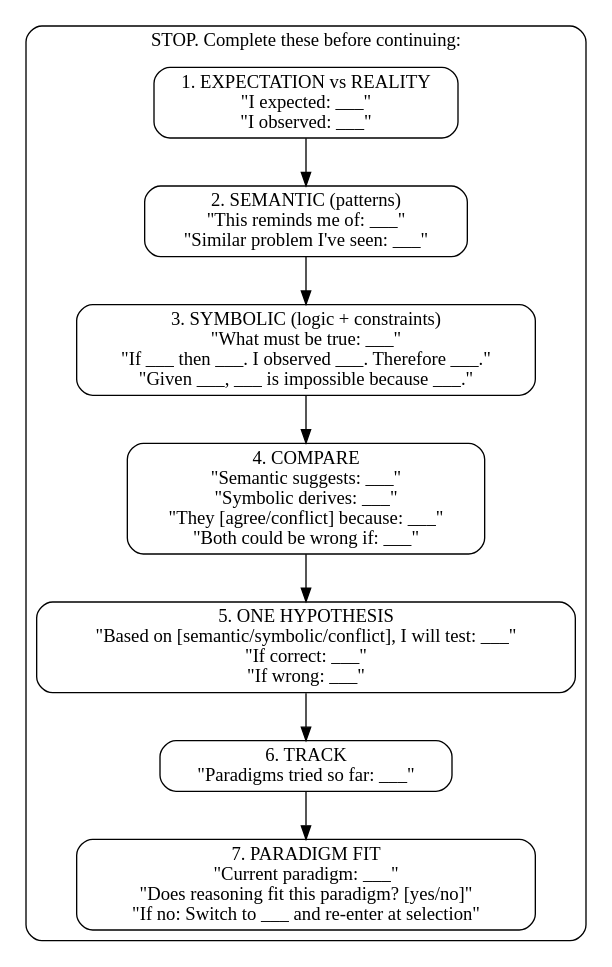
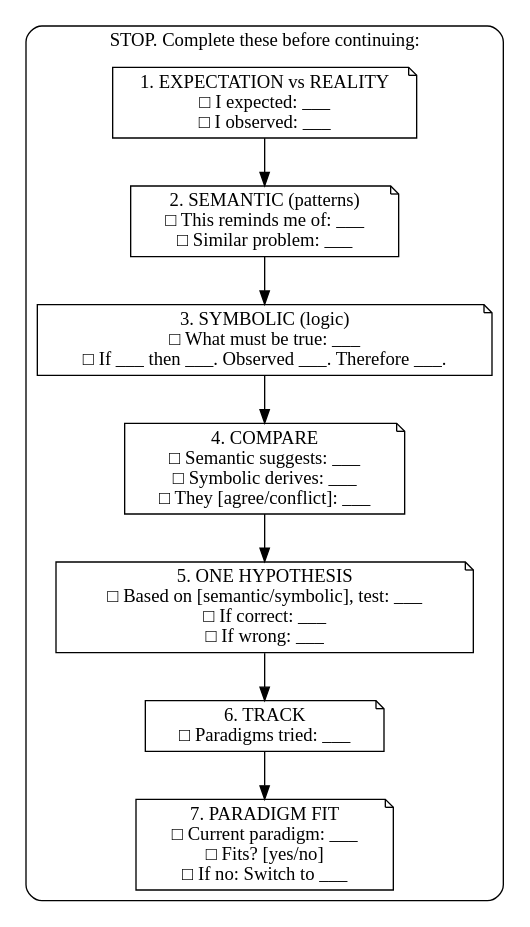
The first of 2 diagrams in skills/janus-reasoning/SKILL.md (Punkwe1ght/superpowers), drawn with Graphviz before and after one commit. The commit also changed other lines of this file and 5 other files, not shown here.

````diff
--- a/skills/janus-reasoning/SKILL.md
+++ b/skills/janus-reasoning/SKILL.md
@@ -32,22 +32,22 @@
 ```dot
 digraph janus_protocol {
     rankdir=TB;
-    node [shape=box, style=rounded];
+    node [shape=note];
 
     subgraph cluster_protocol {
         label="STOP. Complete these before continuing:";
         style=rounded;
         color=black;
 
-        p1 [label="1. EXPECTATION vs REALITY\n\"I expected: ___\"\n\"I observed: ___\""];
-        p2 [label="2. SEMANTIC (patterns)\n\"This reminds me of: ___\"\n\"Similar problem I've seen: ___\""];
-        p3 [label="3. SYMBOLIC (logic + constraints)\n\"What must be true: ___\"\n\"If ___ then ___. I observed ___. Therefore ___.\"\n\"Given ___, ___ is impossible because ___.\""];
-        p4 [label="4. COMPARE\n\"Semantic suggests: ___\"\n\"Symbolic derives: ___\"\n\"They [agree/conflict] because: ___\"\n\"Both could be wrong if: ___\""];
-        p5 [label="5. ONE HYPOTHESIS\n\"Based on [semantic/symbolic/conflict], I will test: ___\"\n\"If correct: ___\"\n\"If wrong: ___\""];
-        p6 [label="6. TRACK\n\"Paradigms tried so far: ___\""];
-        p7 [label="7. PARADIGM FIT\n\"Current paradigm: ___\"\n\"Does reasoning fit this paradigm? [yes/no]\"\n\"If no: Switch to ___ and re-enter at selection\""];
+        p1 [label="1. EXPECTATION vs REALITY\n□ I expected: ___\n□ I observed: ___"];
+        p2 [label="2. SEMANTIC (patterns)\n□ This reminds me of: ___\n□ Similar problem: ___"];
+        p3 [label="3. SYMBOLIC (logic)\n□ What must be true: ___\n□ If ___ then ___. Observed ___. Therefore ___."];
+        p4 [label="4. COMPARE\n□ Semantic suggests: ___\n□ Symbolic derives: ___\n□ They [agree/conflict]: ___"];
+        p5 [label="5. ONE HYPOTHESIS\n□ Based on [semantic/symbolic], test: ___\n□ If correct: ___\n□ If wrong: ___"];
+        p6 [label="6. TRACK\n□ Paradigms tried: ___"];
+        p7 [label="7. PARADIGM FIT\n□ Current paradigm: ___\n□ Fits? [yes/no]\n□ If no: Switch to ___"];
 
         p1 -> p2 -> p3 -> p4 -> p5 -> p6 -> p7;
     }
 }
 ```
````
